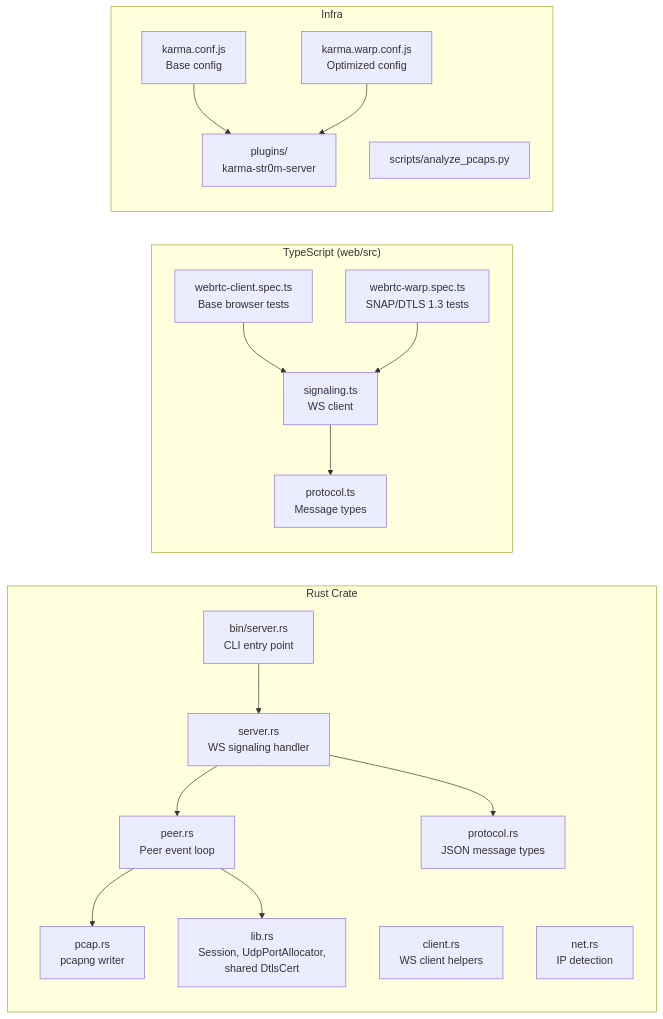
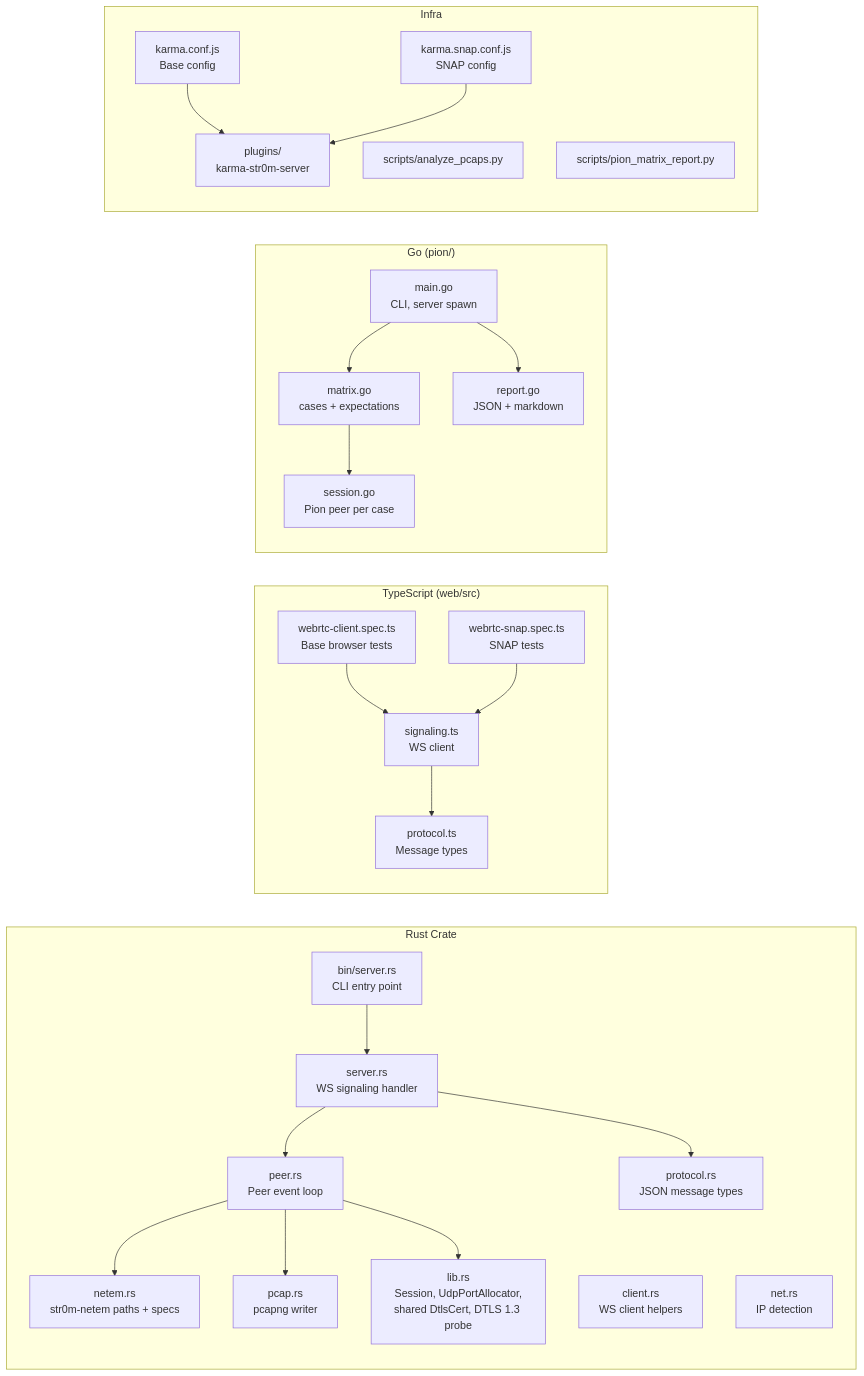
The second of 10 diagrams in README.md (xnorpx/str0m_browser_integration_tests), drawn with Mermaid before and after one commit. The commit also changed other lines of this file and 26 other files, not shown here.

````diff
--- a/README.md
+++ b/README.md
@@ -67,37 +81,49 @@
 ```mermaid
 graph LR
     subgraph "Rust Crate"
         bin_server["bin/server.rs<br/>CLI entry point"]
         server["server.rs<br/>WS signaling handler"]
         client["client.rs<br/>WS client helpers"]
         peer["peer.rs<br/>Peer event loop"]
+        netem["netem.rs<br/>str0m-netem paths + specs"]
         protocol["protocol.rs<br/>JSON message types"]
         pcap["pcap.rs<br/>pcapng writer"]
         net["net.rs<br/>IP detection"]
-        lib["lib.rs<br/>Session, UdpPortAllocator,<br/>shared DtlsCert"]
+        lib["lib.rs<br/>Session, UdpPortAllocator,<br/>shared DtlsCert, DTLS 1.3 probe"]
     end
 
     subgraph "TypeScript (web/src)"
         spec_base["webrtc-client.spec.ts<br/>Base browser tests"]
-        spec_warp["webrtc-warp.spec.ts<br/>SNAP/DTLS 1.3 tests"]
+        spec_snap["webrtc-snap.spec.ts<br/>SNAP tests"]
         ts_proto["protocol.ts<br/>Message types"]
         ts_signal["signaling.ts<br/>WS client"]
     end
 
+    subgraph "Go (pion/)"
+        pion_main["main.go<br/>CLI, server spawn"]
+        pion_matrix["matrix.go<br/>cases + expectations"]
+        pion_session["session.go<br/>Pion peer per case"]
+        pion_report["report.go<br/>JSON + markdown"]
+    end
+
     subgraph "Infra"
         karma_base["karma.conf.js<br/>Base config"]
-        karma_warp["karma.warp.conf.js<br/>Optimized config"]
+        karma_snap["karma.snap.conf.js<br/>SNAP config"]
         plugin["plugins/<br/>karma-str0m-server"]
         analyze["scripts/analyze_pcaps.py"]
+        pion_matrix_report["scripts/pion_matrix_report.py"]
     end
 
     bin_server --> server
     server --> peer
     server --> protocol
+    peer --> netem
     peer --> pcap
     peer --> lib
     spec_base --> ts_signal --> ts_proto
-    spec_warp --> ts_signal
+    spec_snap --> ts_signal
     karma_base --> plugin
-    karma_warp --> plugin
+    karma_snap --> plugin
+    pion_main --> pion_matrix --> pion_session
+    pion_main --> pion_report
 ```
````
